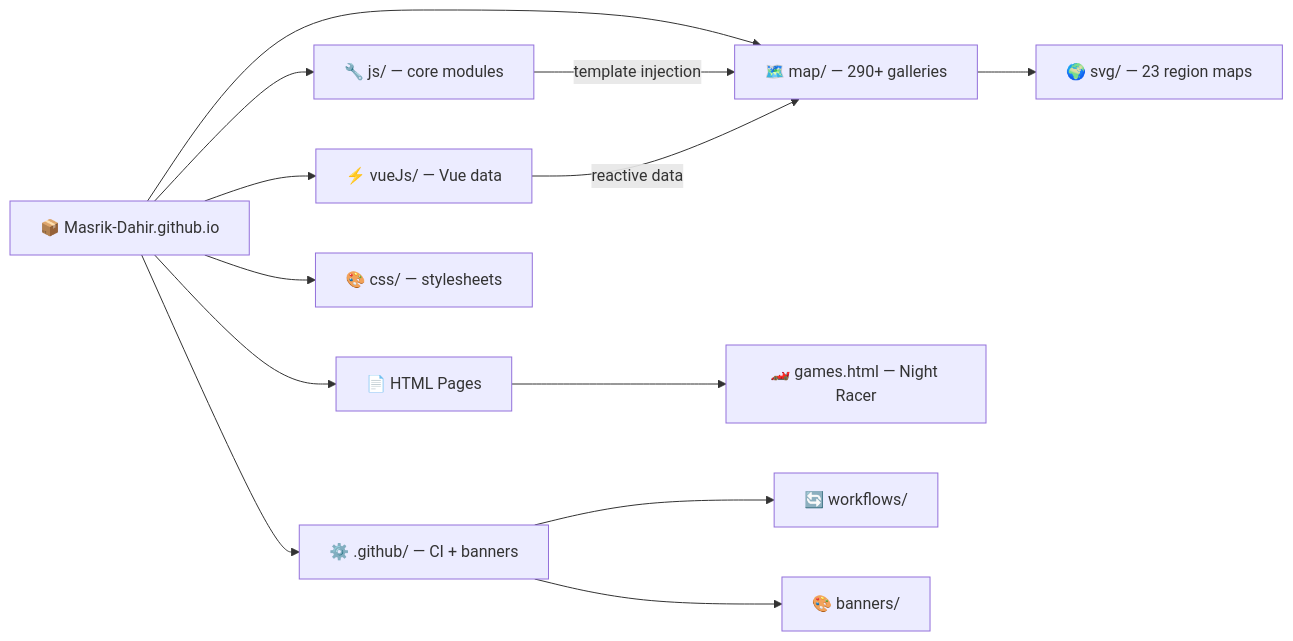
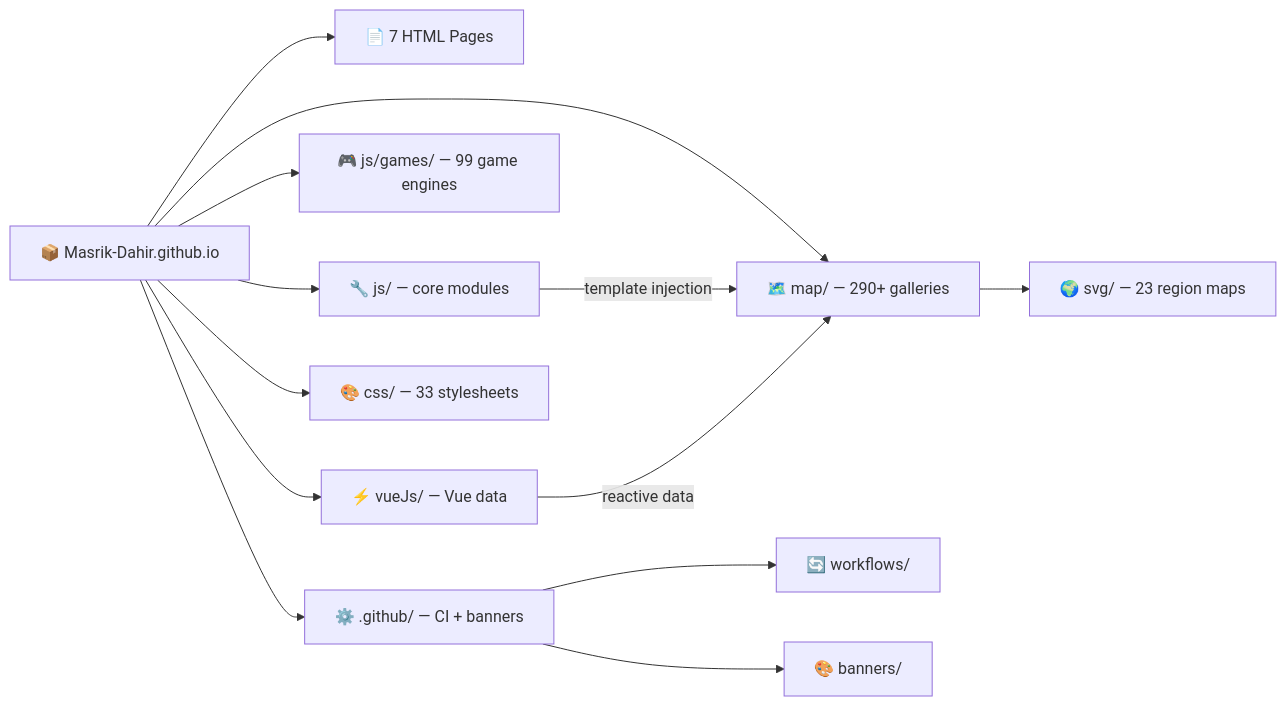
Before and after one commit to Masrik-Dahir/Masrik-Dahir.github.io: the third of 4 diagrams in README.md, drawn with Mermaid. The commit also changed other lines of this file and 112 other files, not shown here.

````diff
--- a/README.md
+++ b/README.md
@@ -206,15 +213,15 @@
 ```mermaid
 graph LR
-    Root["📦 Masrik-Dahir.github.io"] --> Pages["📄 HTML Pages"]
+    Root["📦 Masrik-Dahir.github.io"] --> Pages["📄 7 HTML Pages"]
     Root --> MapDir["🗺️ map/ — 290+ galleries"]
     Root --> JS["🔧 js/ — core modules"]
+    Root --> Games["🎮 js/games/ — 99 game engines"]
     Root --> VueDir["⚡ vueJs/ — Vue data"]
-    Root --> CSS["🎨 css/ — stylesheets"]
+    Root --> CSS["🎨 css/ — 33 stylesheets"]
     Root --> GH["⚙️ .github/ — CI + banners"]
-    Pages --> Games["🏎️ games.html — Night Racer"]
     MapDir --> SVGs["🌍 svg/ — 23 region maps"]
     JS --> |"template injection"| MapDir
     VueDir --> |"reactive data"| MapDir
     GH --> Workflows["🔄 workflows/"]
     GH --> Banners["🎨 banners/"]
 ```
````
